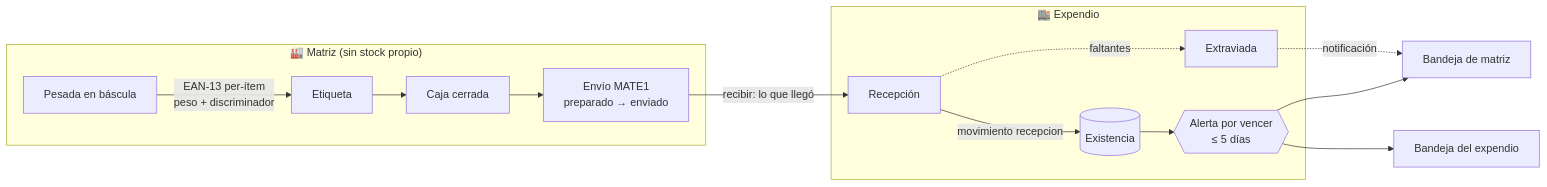
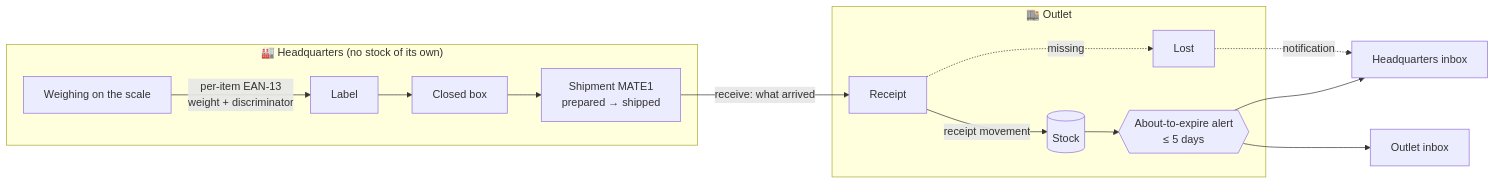
Before and after one commit to Chidaruma696/ToyPOS: the first of 2 diagrams in README.md, drawn with Mermaid. The commit also changed other lines of this file and 1 other file, not shown here.

````diff
--- a/README.md
+++ b/README.md
@@ -73,17 +75,17 @@
 ```mermaid
 flowchart LR
-    subgraph M["🏭 Matriz (sin stock propio)"]
-        P[Pesada en báscula] -->|EAN-13 per-ítem<br/>peso + discriminador| E[Etiqueta]
-        E --> C[Caja cerrada]
-        C --> EN[Envío MATE1<br/>preparado → enviado]
+    subgraph M["🏭 Headquarters (no stock of its own)"]
+        P[Weighing on the scale] -->|per-item EAN-13<br/>weight + discriminator| E[Label]
+        E --> C[Closed box]
+        C --> EN[Shipment MATE1<br/>prepared → shipped]
     end
-    EN -->|recibir: lo que llegó| R
-    subgraph X["🏬 Expendio"]
-        R[Recepción] -->|movimiento recepcion| S[(Existencia)]
-        R -.->|faltantes| L[Extraviada]
-        S --> A{{"Alerta por vencer<br/>≤ 5 días"}}
+    EN -->|receive: what arrived| R
+    subgraph X["🏬 Outlet"]
+        R[Receipt] -->|receipt movement| S[(Stock)]
+        R -.->|missing| L[Lost]
+        S --> A{{"About-to-expire alert<br/>≤ 5 days"}}
     end
-    L -.->|notificación| N[Bandeja de matriz]
+    L -.->|notification| N[Headquarters inbox]
     A --> N
-    A --> NX[Bandeja del expendio]
+    A --> NX[Outlet inbox]
 ```
````
